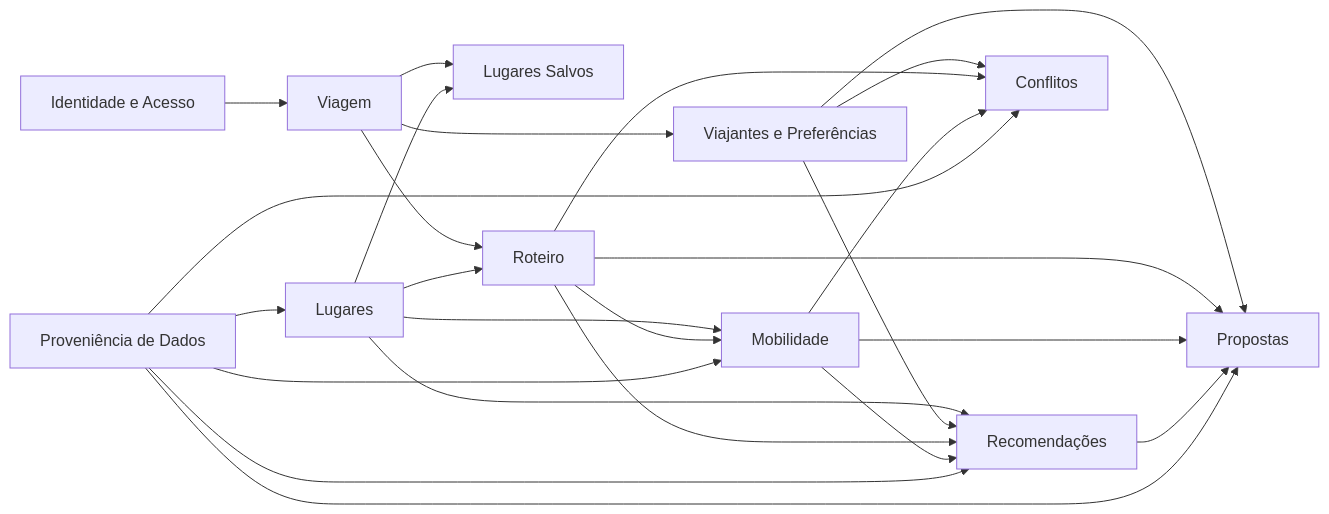
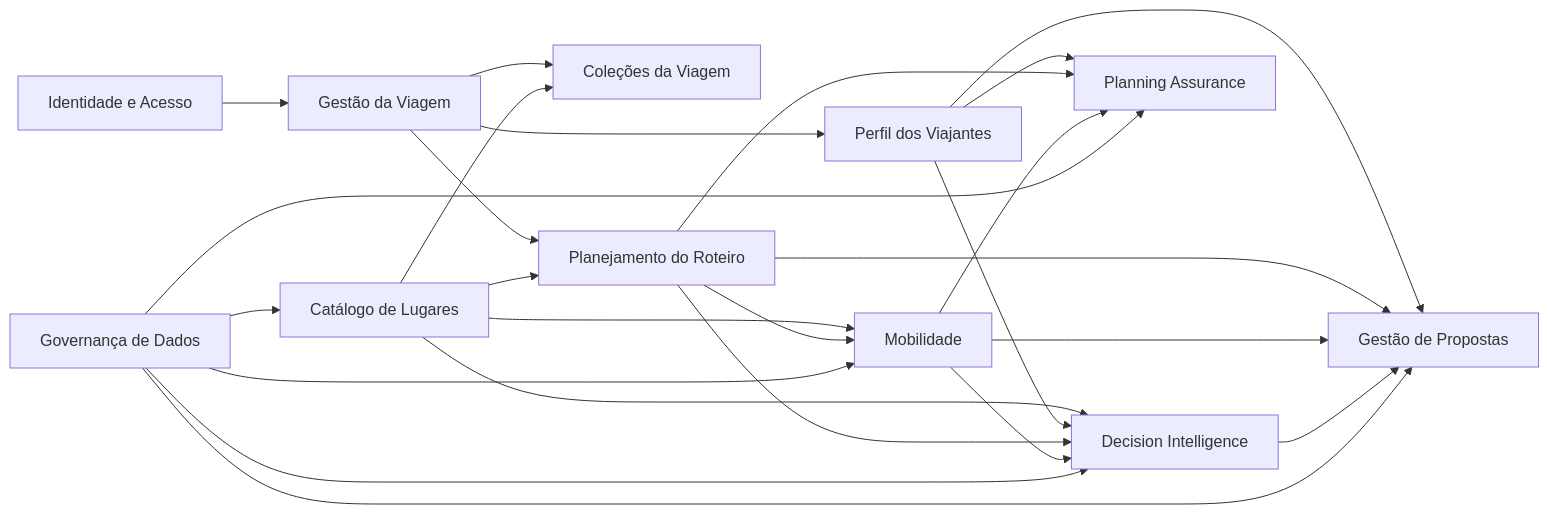
Before and after one commit to collapsy/Routebook: the third of 17 diagrams in docs/domain/domain-model.md, drawn with Mermaid. The commit also changed other lines of this file and 1 other file, not shown here.

````diff
--- a/docs/domain/domain-model.md
+++ b/docs/domain/domain-model.md
@@ -272,45 +568,45 @@
 ```mermaid
 flowchart LR
     Identity["Identidade e Acesso"]
-    Trip["Viagem"]
-    Travelers["Viajantes e Preferências"]
-    Places["Lugares"]
-    Saved["Lugares Salvos"]
-    Itinerary["Roteiro"]
+    Trip["Gestão da Viagem"]
+    Travelers["Perfil dos Viajantes"]
+    Places["Catálogo de Lugares"]
+    Collections["Coleções da Viagem"]
+    Itinerary["Planejamento do Roteiro"]
     Mobility["Mobilidade"]
-    Recommendations["Recomendações"]
-    Proposals["Propostas"]
-    Conflicts["Conflitos"]
-    Provenance["Proveniência de Dados"]
+    Intelligence["Decision Intelligence"]
+    Proposals["Gestão de Propostas"]
+    Assurance["Planning Assurance"]
+    Governance["Governança de Dados"]
 
     Identity --> Trip
     Trip --> Travelers
-    Trip --> Saved
+    Trip --> Collections
     Trip --> Itinerary
 
-    Places --> Saved
+    Places --> Collections
     Places --> Itinerary
     Places --> Mobility
-    Places --> Recommendations
+    Places --> Intelligence
 
-    Travelers --> Recommendations
+    Travelers --> Intelligence
     Travelers --> Proposals
-    Travelers --> Conflicts
+    Travelers --> Assurance
 
     Itinerary --> Mobility
-    Itinerary --> Recommendations
+    Itinerary --> Intelligence
     Itinerary --> Proposals
-    Itinerary --> Conflicts
+    Itinerary --> Assurance
 
-    Mobility --> Recommendations
+    Mobility --> Intelligence
     Mobility --> Proposals
-    Mobility --> Conflicts
+    Mobility --> Assurance
 
-    Recommendations --> Proposals
+    Intelligence --> Proposals
 
-    Provenance --> Places
-    Provenance --> Mobility
-    Provenance --> Recommendations
-    Provenance --> Proposals
-    Provenance --> Conflicts
+    Governance --> Places
+    Governance --> Mobility
+    Governance --> Intelligence
+    Governance --> Proposals
+    Governance --> Assurance
 ```
````
